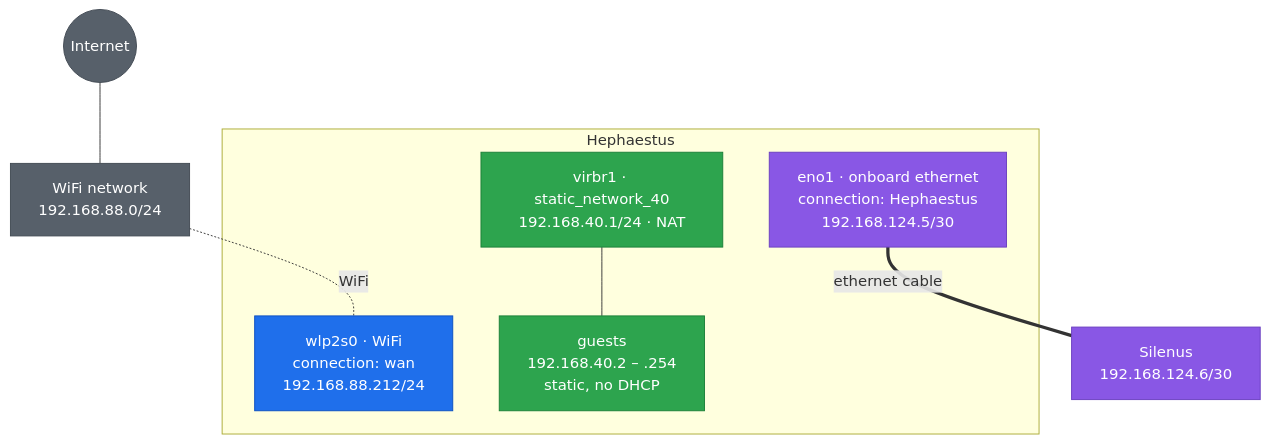
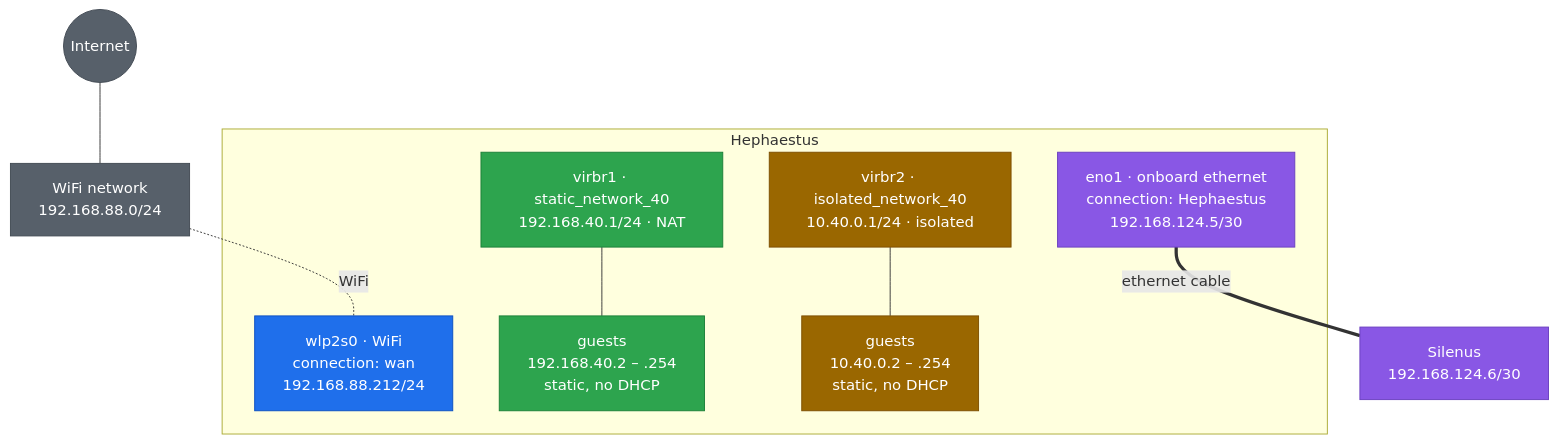
The diagram in Hephaestus/Hephaestus.md (bahman-farhadian/linux_terminal_dotfiles_configuration), drawn with Mermaid before and after one commit. The commit also changed other lines of this file and 12 other files, not shown here.

````diff
--- a/Hephaestus/Hephaestus.md
+++ b/Hephaestus/Hephaestus.md
@@ -879,28 +907,33 @@
 ```mermaid
 graph TB
     INET(("Internet"))
     AP["WiFi network<br/>192.168.88.0/24"]
     INET --- AP
 
     subgraph HEP ["Hephaestus"]
         HW["wlp2s0 &middot; WiFi<br/>connection: wan<br/>192.168.88.212/24"]
         HE["eno1 &middot; onboard ethernet<br/>connection: Hephaestus<br/>192.168.124.5/30"]
         HB["virbr1 &middot; static_network_40<br/>192.168.40.1/24 &middot; NAT"]
         HG["guests<br/>192.168.40.2 &ndash; .254<br/>static, no DHCP"]
+        HI["virbr2 &middot; isolated_network_40<br/>10.40.0.1/24 &middot; isolated"]
+        HIG["guests<br/>10.40.0.2 &ndash; .254<br/>static, no DHCP"]
         HB --- HG
+        HI --- HIG
     end
 
     SIL["Silenus<br/>192.168.124.6/30"]
     AP -.-|WiFi| HW
     HE ===|ethernet cable| SIL
 
     classDef wan fill:#1f6feb,stroke:#0b4fc0,color:#ffffff
     classDef p2p fill:#8957e5,stroke:#6a3fbf,color:#ffffff
     classDef guest fill:#2da44e,stroke:#1a7f37,color:#ffffff
+    classDef isolated fill:#9a6700,stroke:#7d4e00,color:#ffffff
     classDef infra fill:#57606a,stroke:#424a53,color:#ffffff
     class HW wan
     class HE p2p
     class HB,HG guest
+    class HI,HIG isolated
     class AP,INET infra
     class SIL p2p
 ```
````
